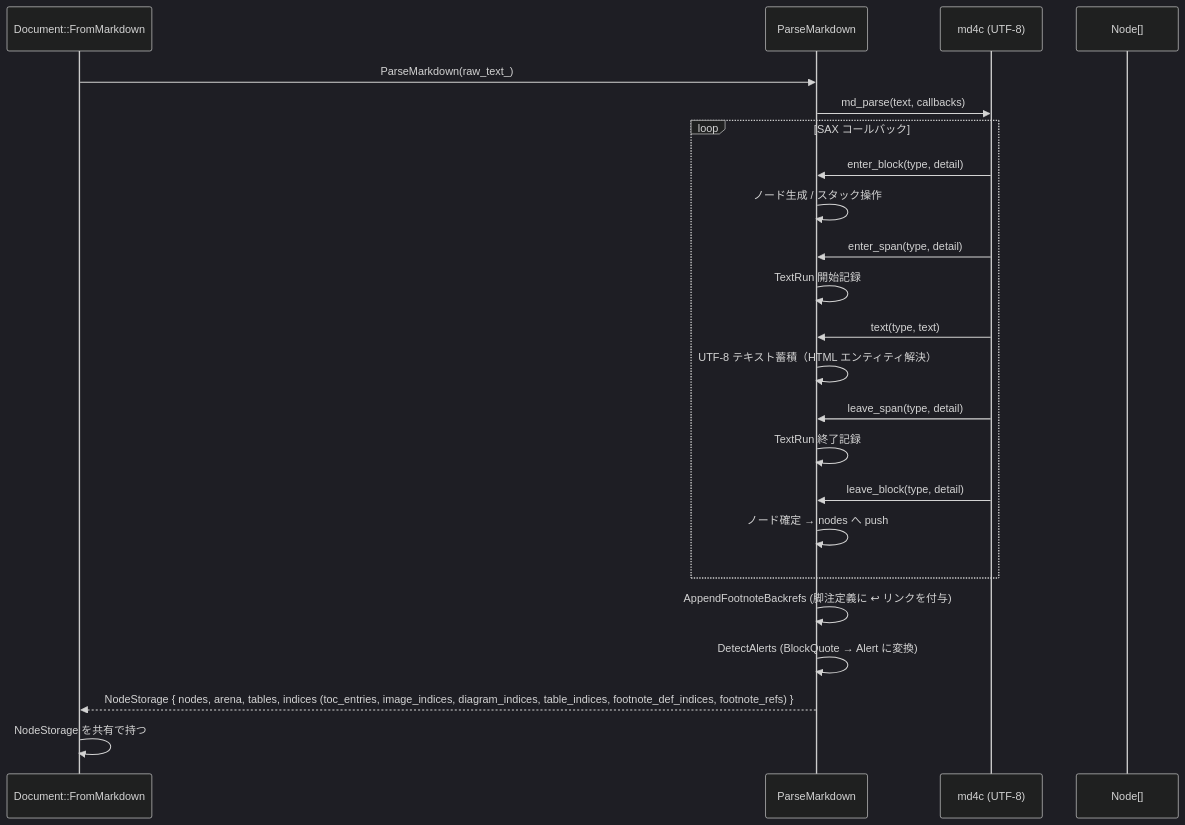
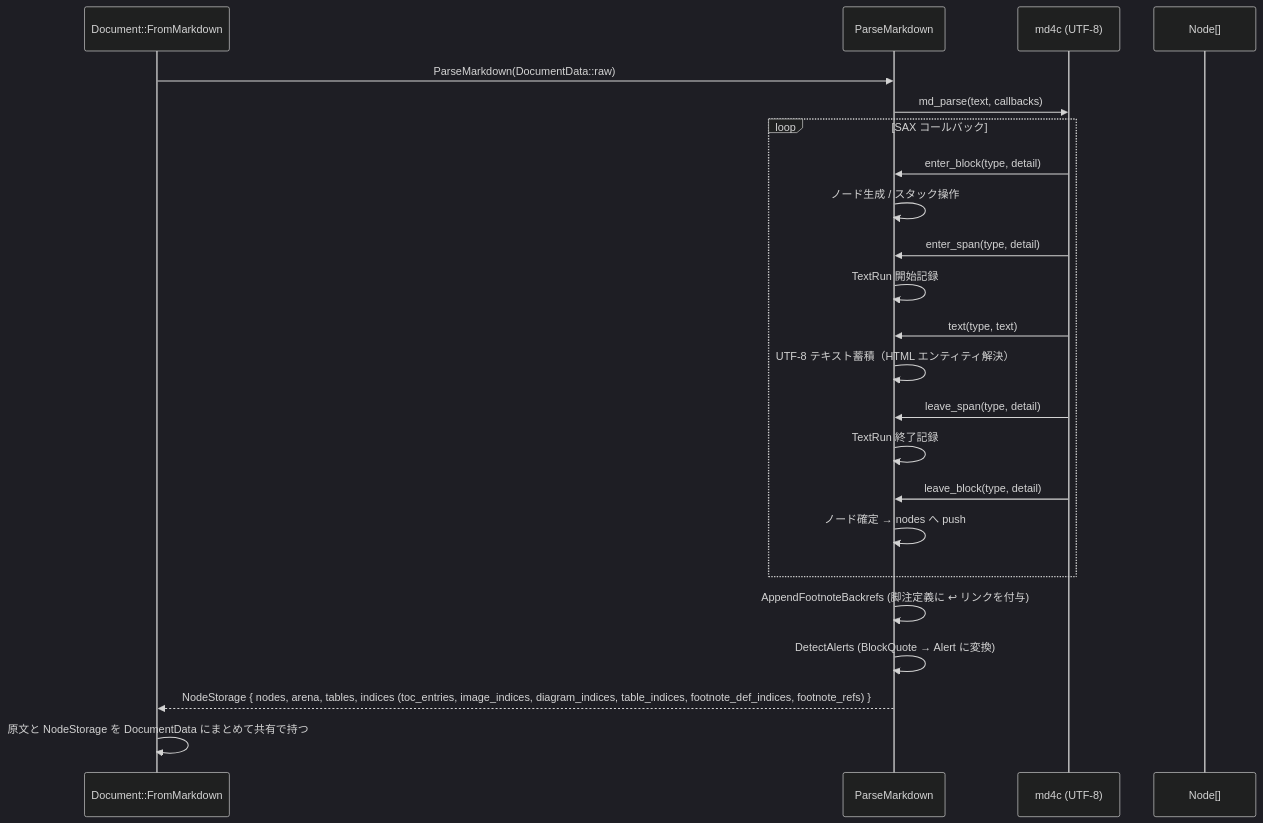
Before and after one commit to tanaton/mendo: the sixth of 27 diagrams in example/test.md, drawn with Mermaid (dark theme). The commit also changed other lines of this file and 119 other files, not shown here.

````diff
--- a/example/test.md
+++ b/example/test.md
@@ -791,26 +800,26 @@
 ```mermaid
 sequenceDiagram
     participant DOC as Document::FromMarkdown
     participant P as ParseMarkdown
     participant MD as md4c (UTF-8)
     participant N as Node[]
 
-    DOC->>P: ParseMarkdown(raw_text_)
+    DOC->>P: ParseMarkdown(DocumentData::raw)
     P->>MD: md_parse(text, callbacks)
     loop SAX コールバック
         MD->>P: enter_block(type, detail)
         P->>P: ノード生成 / スタック操作
         MD->>P: enter_span(type, detail)
         P->>P: TextRun 開始記録
         MD->>P: text(type, text)
         P->>P: UTF-8 テキスト蓄積（HTML エンティティ解決）
         MD->>P: leave_span(type, detail)
         P->>P: TextRun 終了記録
         MD->>P: leave_block(type, detail)
         P->>P: ノード確定 → nodes へ push
     end
     P->>P: AppendFootnoteBackrefs (脚注定義に ↩ リンクを付与)
     P->>P: DetectAlerts (BlockQuote → Alert に変換)
     P-->>DOC: NodeStorage { nodes, arena, tables, indices (toc_entries, image_indices, diagram_indices, table_indices, footnote_def_indices, footnote_refs) }
-    DOC->>DOC: NodeStorage を共有で持つ
+    DOC->>DOC: 原文と NodeStorage を DocumentData にまとめて共有で持つ
 ```
````
